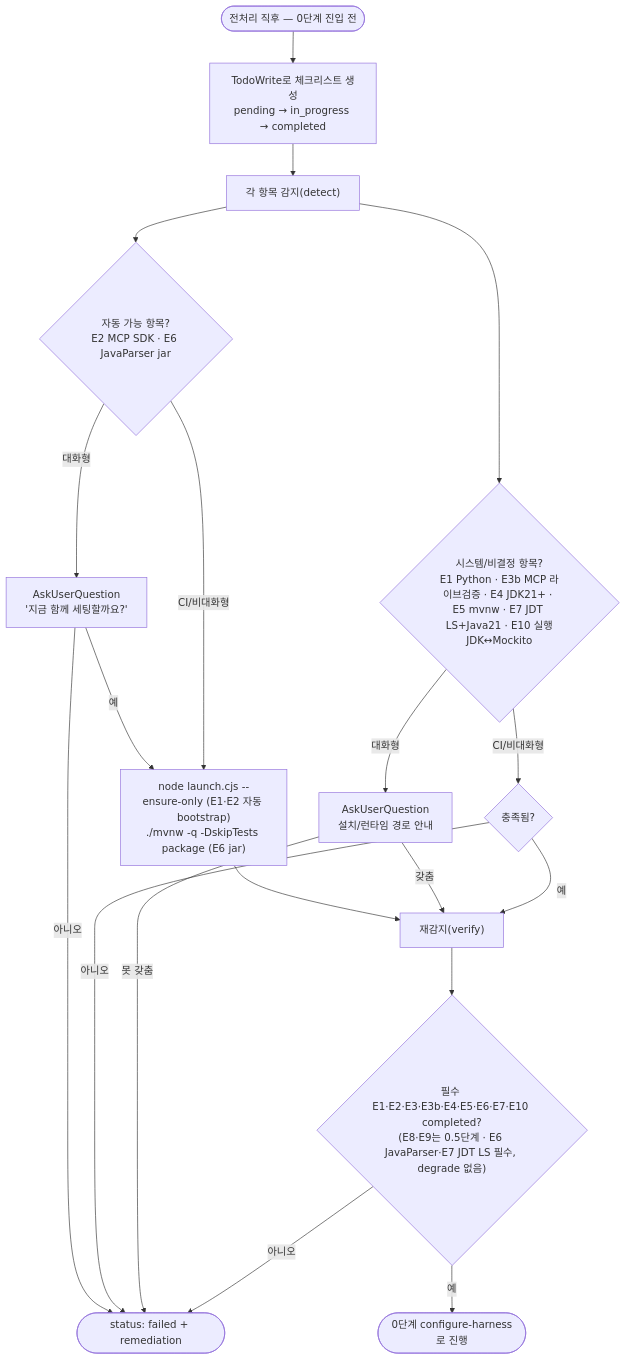
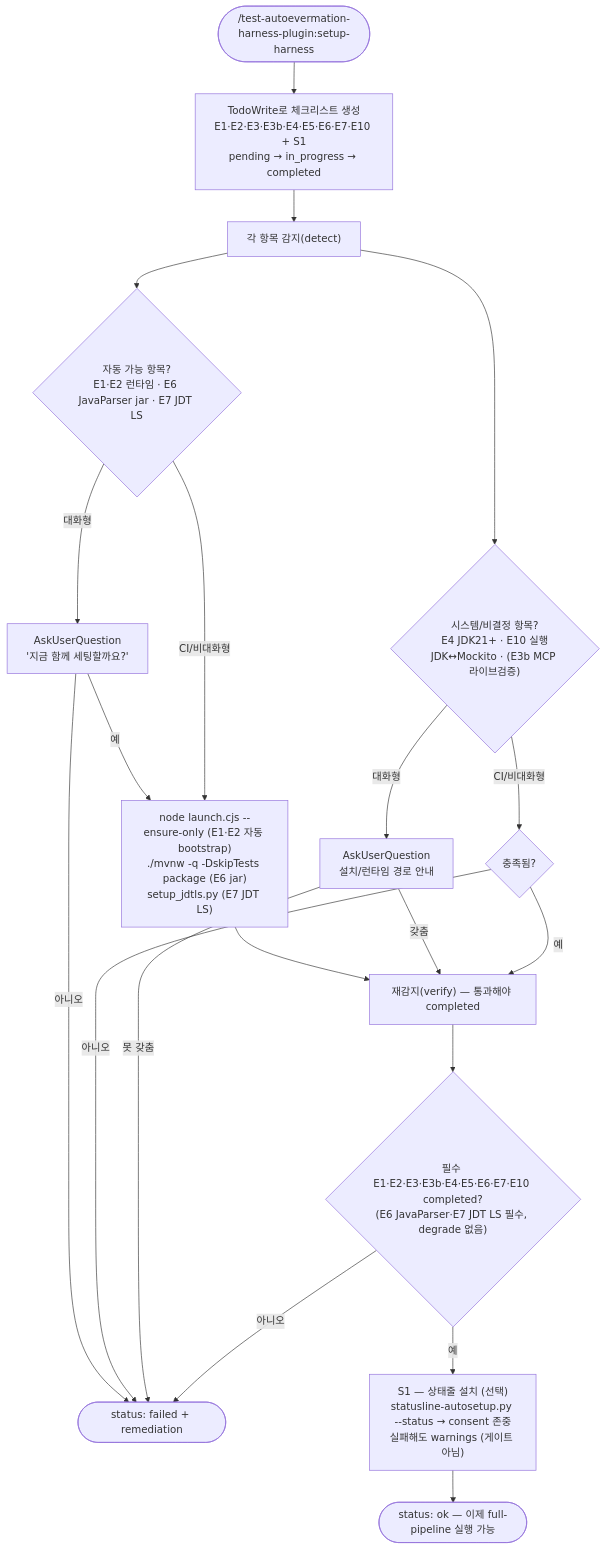
Before and after one commit to 1223v/test-autoevermation-harness: the second of 8 diagrams in test-autoevermation-harness-plugin/docs/pipeline-flow.md, drawn with Mermaid. The commit also changed other lines of this file and 25 other files, not shown here.

First line of the commit message:
환경 세팅을 setup-harness 스킬로 분리 (v0.24.0)

````diff
--- a/test-autoevermation-harness-plugin/docs/pipeline-flow.md
+++ b/test-autoevermation-harness-plugin/docs/pipeline-flow.md
@@ -80,25 +86,26 @@
 ```mermaid
 flowchart TD
-    Start(["전처리 직후 — 0단계 진입 전"]) --> Todo["TodoWrite로 체크리스트 생성<br/>pending → in_progress → completed"]
+    Start(["/test-autoevermation-harness-plugin:setup-harness"]) --> Todo["TodoWrite로 체크리스트 생성<br/>E1·E2·E3·E3b·E4·E5·E6·E7·E10 + S1<br/>pending → in_progress → completed"]
     Todo --> Detect["각 항목 감지(detect)"]
 
-    Detect --> Auto{"자동 가능 항목?<br/>E2 MCP SDK · E6 JavaParser jar"}
+    Detect --> Auto{"자동 가능 항목?<br/>E1·E2 런타임 · E6 JavaParser jar · E7 JDT LS"}
     Auto -- "대화형" --> AskA["AskUserQuestion<br/>'지금 함께 세팅할까요?'"]
-    AskA -- "예" --> RunA["node launch.cjs --ensure-only (E1·E2 자동 bootstrap)<br/>./mvnw -q -DskipTests package (E6 jar)"]
+    AskA -- "예" --> RunA["node launch.cjs --ensure-only (E1·E2 자동 bootstrap)<br/>./mvnw -q -DskipTests package (E6 jar)<br/>setup_jdtls.py (E7 JDT LS)"]
     AskA -- "아니오" --> FailE(["status: failed + remediation"])
     Auto -- "CI/비대화형" --> RunA
-    RunA --> Verify["재감지(verify)"]
+    RunA --> Verify["재감지(verify) — 통과해야 completed"]
 
-    Detect --> Assist{"시스템/비결정 항목?<br/>E1 Python · E3b MCP 라이브검증 · E4 JDK21+ · E5 mvnw · E7 JDT LS+Java21 · E10 실행JDK↔Mockito"}
+    Detect --> Assist{"시스템/비결정 항목?<br/>E4 JDK21+ · E10 실행JDK↔Mockito · (E3b MCP 라이브검증)"}
     Assist -- "대화형" --> AskB["AskUserQuestion<br/>설치/런타임 경로 안내"]
     Assist -- "CI/비대화형" --> CIstop{"충족됨?"}
     CIstop -- "아니오" --> FailE
     AskB -- "못 갖춤" --> FailE
     AskB -- "갖춤" --> Verify
     CIstop -- "예" --> Verify
 
-    Gate{"필수 E1·E2·E3·E3b·E4·E5·E6·E7·E10 completed?<br/>(E8·E9는 0.5단계 · E6 JavaParser·E7 JDT LS 필수, degrade 없음)"}
+    Gate{"필수 E1·E2·E3·E3b·E4·E5·E6·E7·E10 completed?<br/>(E6 JavaParser·E7 JDT LS 필수, degrade 없음)"}
     Verify --> Gate
     Gate -- "아니오" --> FailE
-    Gate -- "예" --> Ok(["0단계 configure-harness로 진행"])
+    Gate -- "예" --> S1["S1 — 상태줄 설치 (선택)<br/>statusline-autosetup.py --status → consent 존중<br/>실패해도 warnings (게이트 아님)"]
+    S1 --> Ok(["status: ok — 이제 full-pipeline 실행 가능"])
 ```
````
